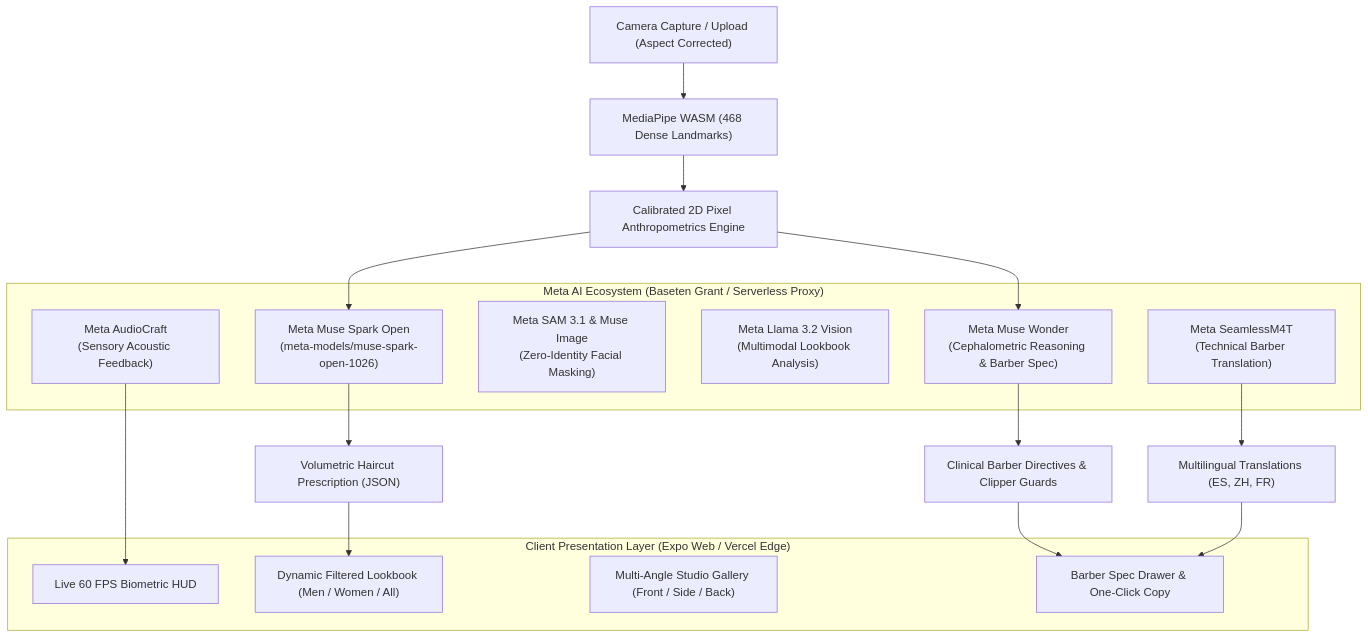
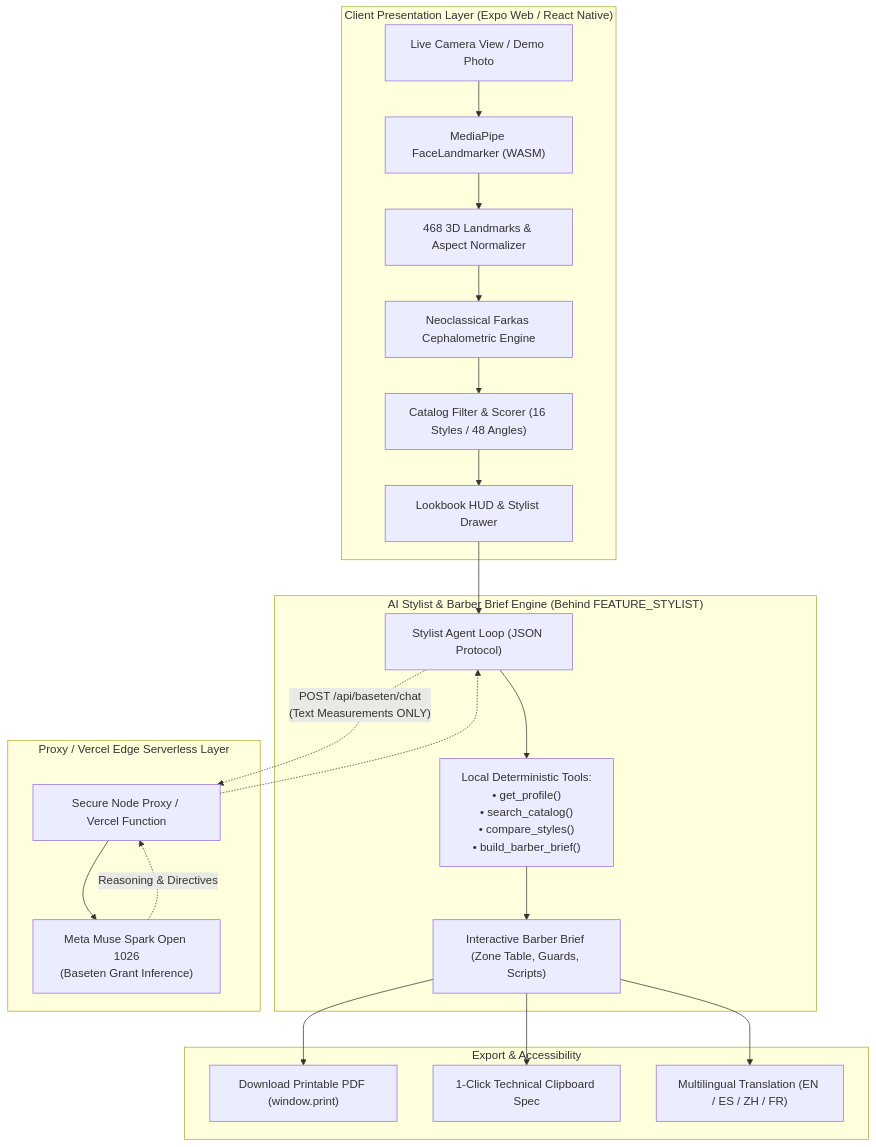
One commit to ezung123/Biometric-Hair changed the diagram in README.md. Above: the diagram before and after it, drawn with Mermaid. The commit also changed other lines of this file and 24 other files, not shown here.

Commit message:
feat: AI Stylist and Interactive Barber Brief with verified regression tests, E2E suite, and documentation

````diff
--- a/README.md
+++ b/README.md
@@ -54,32 +70,29 @@
 ```mermaid
 flowchart TD
-    A["Camera Capture / Upload (Aspect Corrected)"] --> B["MediaPipe WASM (468 Dense Landmarks)"]
-    B --> C["Calibrated 2D Pixel Anthropometrics Engine"]
-    
-    subgraph Meta_AI_Ecosystem["Meta AI Ecosystem (Baseten Grant / Serverless Proxy)"]
-        D["Meta Muse Spark Open<br/>(meta-models/muse-spark-open-1026)"]
-        E["Meta Muse Wonder<br/>(Cephalometric Reasoning & Barber Spec)"]
-        F["Meta SAM 3.1 & Muse Image<br/>(Zero-Identity Facial Masking)"]
-        G["Meta Llama 3.2 Vision<br/>(Multimodal Lookbook Analysis)"]
-        H["Meta SeamlessM4T<br/>(Technical Barber Translation)"]
-        I["Meta AudioCraft<br/>(Sensory Acoustic Feedback)"]
+    subgraph Client["Client Presentation Layer (Expo Web / React Native)"]
+        Cam["Live Camera View / Demo Photo"] --> MP["MediaPipe FaceLandmarker (WASM)"]
+        MP --> Landmarks["468 3D Landmarks & Aspect Normalizer"]
+        Landmarks --> CephEngine["Neoclassical Farkas Cephalometric Engine"]
+        CephEngine --> CatRank["Catalog Filter & Scorer (16 Styles / 48 Angles)"]
+        CatRank --> UI["Lookbook HUD & Stylist Drawer"]
     end
 
-    C --> D
-    C --> E
-    D --> J["Volumetric Haircut Prescription (JSON)"]
-    E --> K["Clinical Barber Directives & Clipper Guards"]
-    H --> L["Multilingual Translations (ES, ZH, FR)"]
-    
-    subgraph UI_Client["Client Presentation Layer (Expo Web / Vercel Edge)"]
-        M["Live 60 FPS Biometric HUD"]
-        N["Dynamic Filtered Lookbook (Men / Women / All)"]
-        O["Multi-Angle Studio Gallery (Front / Side / Back)"]
-        P["Barber Spec Drawer & One-Click Copy"]
+    subgraph StylistAgent["AI Stylist & Barber Brief Engine (Behind FEATURE_STYLIST)"]
+        UI --> Agent["Stylist Agent Loop (JSON Protocol)"]
+        Agent --> Tools["Local Deterministic Tools:\n• get_profile()\n• search_catalog()\n• compare_styles()\n• build_barber_brief()"]
+        Tools --> Brief["Interactive Barber Brief (Zone Table, Guards, Scripts)"]
     end
-    
-    J --> N
-    K --> P
-    L --> P
-    I --> M
+
+    subgraph Server["Proxy / Vercel Edge Serverless Layer"]
+        Agent -.->|"POST /api/baseten/chat\n(Text Measurements ONLY)"| Proxy["Secure Node Proxy / Vercel Function"]
+        Proxy --> Baseten["Meta Muse Spark Open 1026\n(Baseten Grant Inference)"]
+        Baseten -.->|"Reasoning & Directives"| Proxy
+        Proxy -.-> Agent
+    end
+
+    subgraph Export["Export & Accessibility"]
+        Brief --> PDF["Download Printable PDF (window.print)"]
+        Brief --> Copy["1-Click Technical Clipboard Spec"]
+        Brief --> i18n["Multilingual Translation (EN / ES / ZH / FR)"]
+    end
 ```
````
